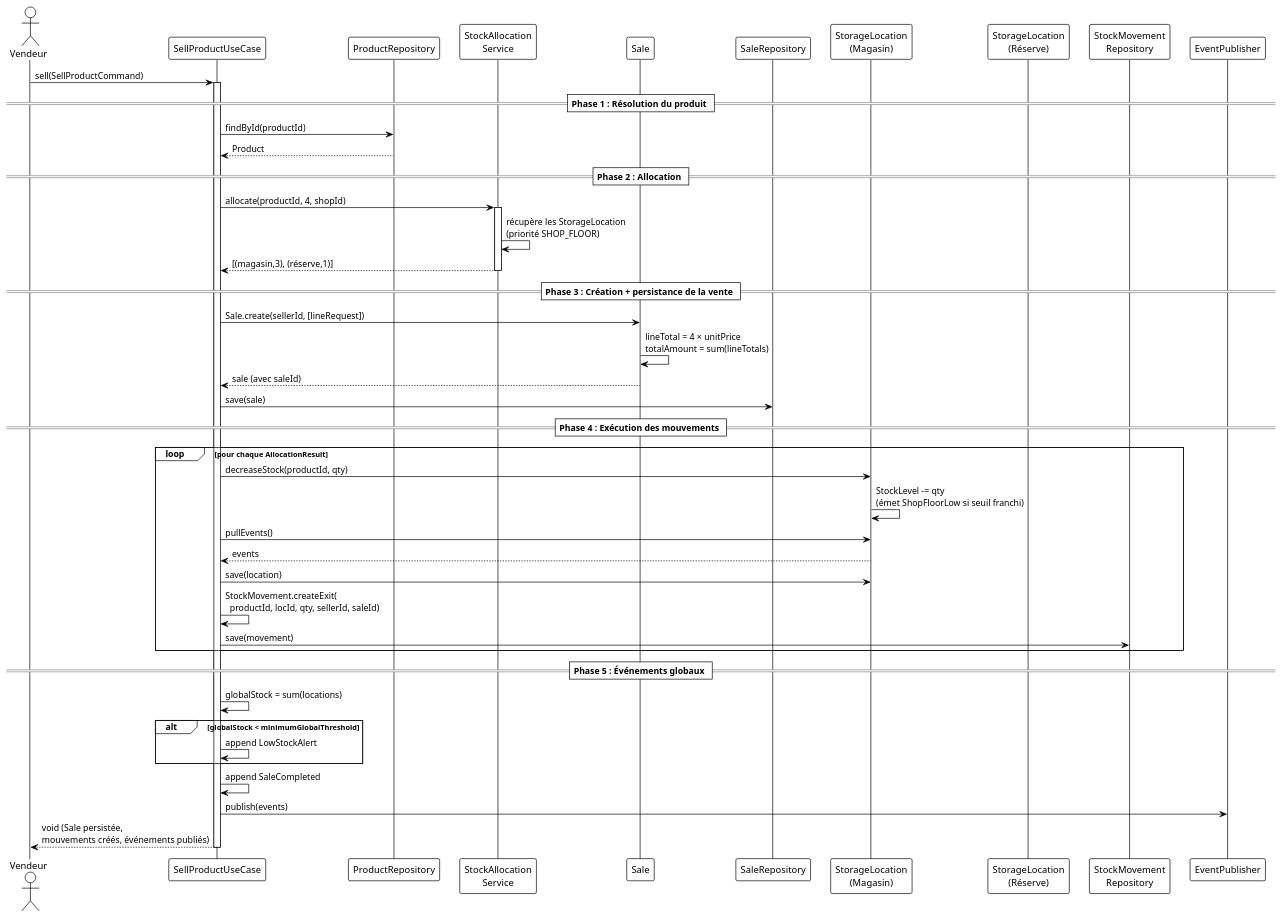
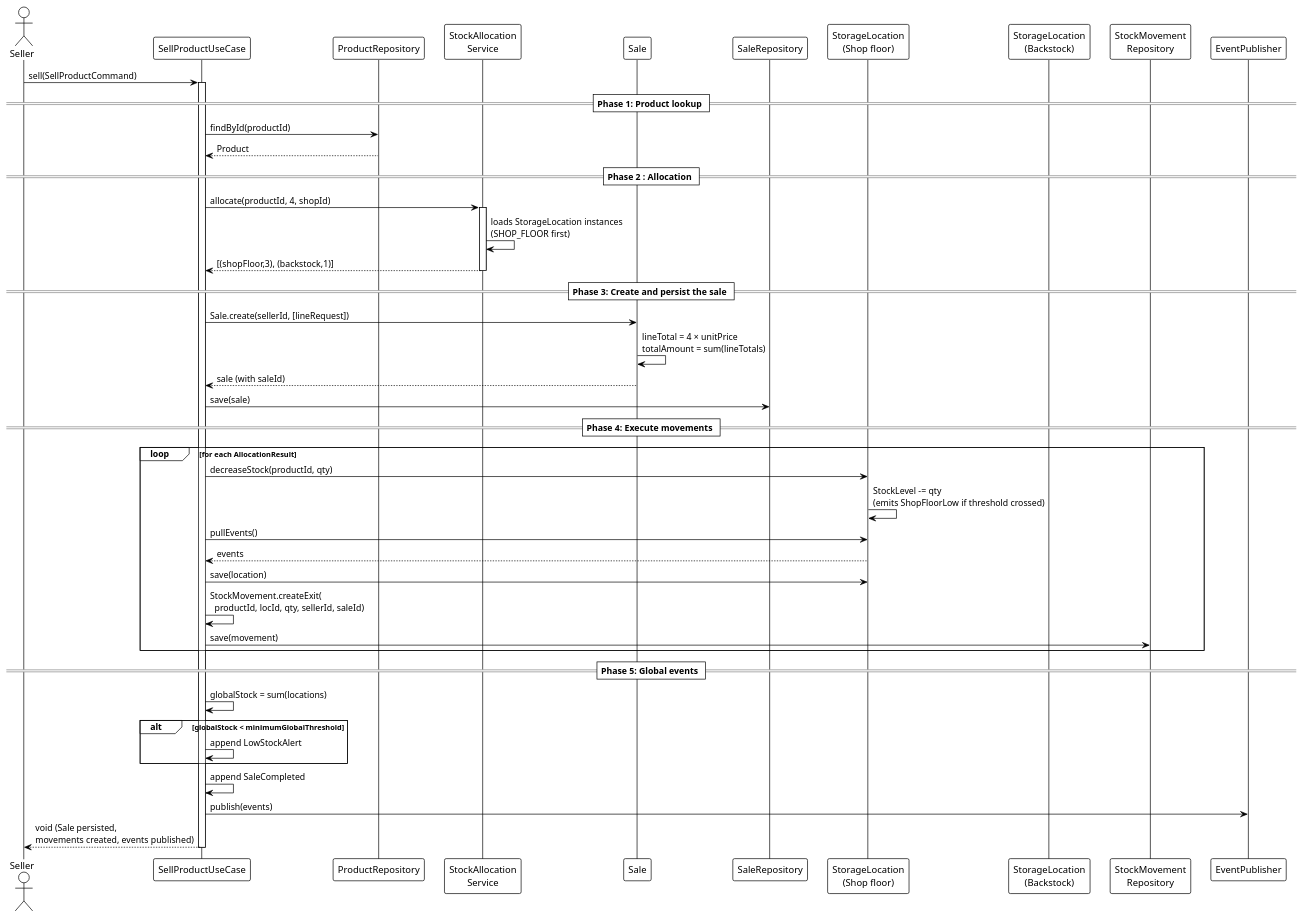
The diagram in antora-docs/modules/domain/pages/flow-sale.adoc (aliCheikCheikh/auto-stock-management), drawn with PlantUML before and after one commit. The commit also changed other lines of this file and 542 other files, not shown here.

```diff
--- a/antora-docs/modules/domain/pages/flow-sale.adoc
+++ b/antora-docs/modules/domain/pages/flow-sale.adoc
@@ -17,68 +17,68 @@
 [plantuml]
 ----
 @startuml
 !theme plain
 skinparam backgroundColor transparent
 
-actor Vendeur as V
+actor Seller as V
 participant "SellProductUseCase" as AS
 participant "ProductRepository" as PR
 participant "StockAllocation\nService" as SAS
 participant "Sale" as SA
 participant "SaleRepository" as SR
-participant "StorageLocation\n(Magasin)" as SLM
-participant "StorageLocation\n(Réserve)" as SLR
+participant "StorageLocation\n(Shop floor)" as SLM
+participant "StorageLocation\n(Backstock)" as SLR
 participant "StockMovement\nRepository" as SMR
 participant "EventPublisher" as EP
 
 V -> AS : sell(SellProductCommand)
 activate AS
 
-== Phase 1 : Résolution du produit ==
+== Phase 1: Product lookup ==
 
 AS -> PR : findById(productId)
 PR --> AS : Product
 
 == Phase 2 : Allocation ==
 
 AS -> SAS : allocate(productId, 4, shopId)
 activate SAS
-SAS -> SAS : récupère les StorageLocation\n(priorité SHOP_FLOOR)
-SAS --> AS : [(magasin,3), (réserve,1)]
+SAS -> SAS : loads StorageLocation instances\n(SHOP_FLOOR first)
+SAS --> AS : [(shopFloor,3), (backstock,1)]
 deactivate SAS
 
-== Phase 3 : Création + persistance de la vente ==
+== Phase 3: Create and persist the sale ==
 
 AS -> SA : Sale.create(sellerId, [lineRequest])
 SA -> SA : lineTotal = 4 × unitPrice\ntotalAmount = sum(lineTotals)
-SA --> AS : sale (avec saleId)
+SA --> AS : sale (with saleId)
 AS -> SR : save(sale)
 
-== Phase 4 : Exécution des mouvements ==
+== Phase 4: Execute movements ==
 
-loop pour chaque AllocationResult
+loop for each AllocationResult
   AS -> SLM : decreaseStock(productId, qty)
-  SLM -> SLM : StockLevel -= qty\n(émet ShopFloorLow si seuil franchi)
+  SLM -> SLM : StockLevel -= qty\n(emits ShopFloorLow if threshold crossed)
   AS -> SLM : pullEvents()
   SLM --> AS : events
   AS -> SLM : save(location)
 
   AS -> AS : StockMovement.createExit(\n  productId, locId, qty, sellerId, saleId)
   AS -> SMR : save(movement)
 end
 
-== Phase 5 : Événements globaux ==
+== Phase 5: Global events ==
 
 AS -> AS : globalStock = sum(locations)
 alt globalStock < minimumGlobalThreshold
   AS -> AS : append LowStockAlert
 end
 AS -> AS : append SaleCompleted
 
 AS -> EP : publish(events)
 
-AS --> V : void (Sale persistée,\nmouvements créés, événements publiés)
+AS --> V : void (Sale persisted,\nmovements created, events published)
 deactivate AS
 
 @enduml
 ----
```
